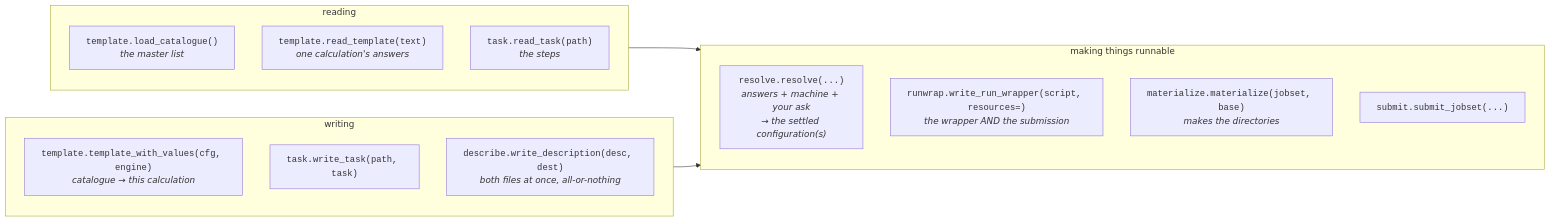
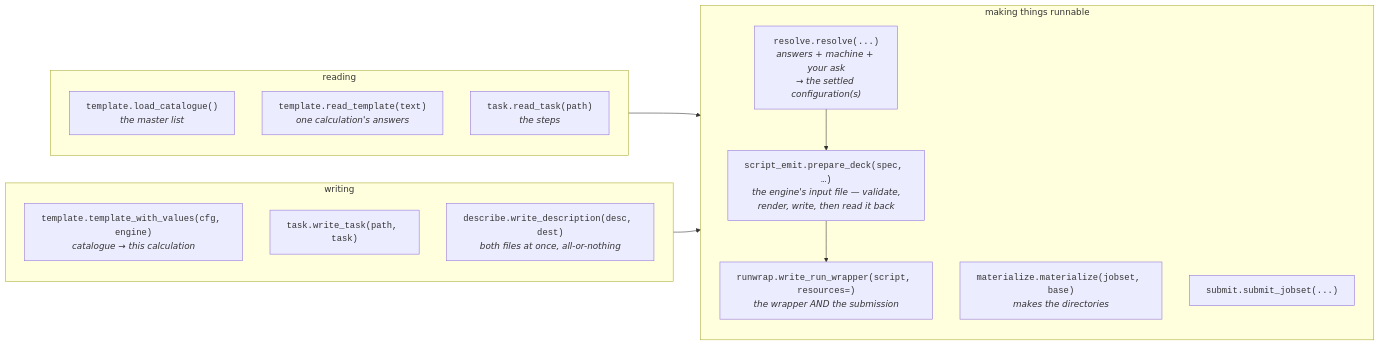
The second of 3 diagrams in docs/workflow.md (Qing-LAB/molbuilder), drawn with Mermaid before and after one commit. The commit also changed other lines of this file and 106 other files, not shown here.

````diff
--- a/docs/workflow.md
+++ b/docs/workflow.md
@@ -203,21 +203,23 @@
 ```mermaid
 flowchart LR
     subgraph READ["reading"]
       A["<code>template.load_catalogue()</code><br/><i>the master list</i>"]
       B["<code>template.read_template(text)</code><br/><i>one calculation's answers</i>"]
       C["<code>task.read_task(path)</code><br/><i>the steps</i>"]
     end
     subgraph WRITE["writing"]
       D["<code>template.template_with_values(cfg, engine)</code><br/><i>catalogue → this calculation</i>"]
       E["<code>task.write_task(path, task)</code>"]
       F["<code>describe.write_description(desc, dest)</code><br/><i>both files at once, all-or-nothing</i>"]
     end
     subgraph MAKE["making things runnable"]
       G["<code>resolve.resolve(...)</code><br/><i>answers + machine + your ask<br/>→ the settled configuration(s)</i>"]
+      K["<code>script_emit.prepare_deck(spec, …)</code><br/><i>the engine's input file — validate,<br/>render, write, then read it back</i>"]
       H["<code>runwrap.write_run_wrapper(script, resources=)</code><br/><i>the wrapper AND the submission</i>"]
       I["<code>materialize.materialize(jobset, base)</code><br/><i>makes the directories</i>"]
       J["<code>submit.submit_jobset(...)</code>"]
     end
     READ --> MAKE
     WRITE --> MAKE
+    G --> K --> H
 ```
````
